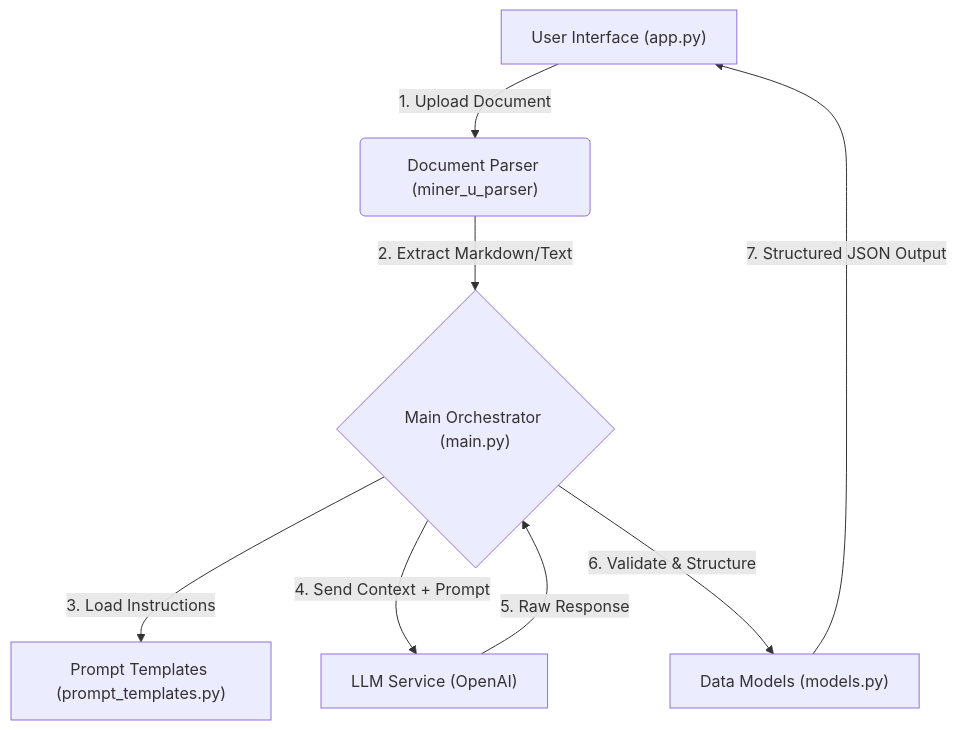
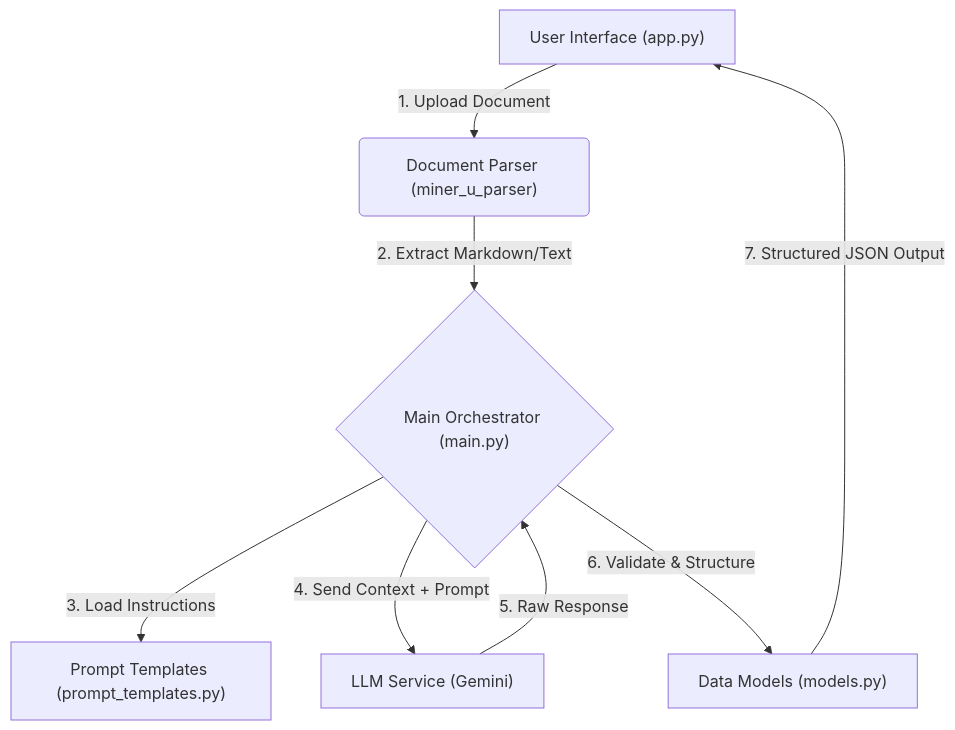
Before and after one commit to BEASTBOYJAY/Internship_Assignment: the diagram in README.md, drawn with Mermaid.

Commit message:
Update LLM service reference from OpenAI to Gemini

````diff
--- a/README.md
+++ b/README.md
@@ -21,10 +21,10 @@
 ```mermaid
 graph TD
     A["User Interface (app.py)"] -->|1. Upload Document| B("Document Parser (miner_u_parser)")
     B -->|2. Extract Markdown/Text| C{"Main Orchestrator (main.py)"}
     C -->|3. Load Instructions| D["Prompt Templates (prompt_templates.py)"]
-    C -->|4. Send Context + Prompt| E["LLM Service (OpenAI)"]
+    C -->|4. Send Context + Prompt| E["LLM Service (Gemini)"]
     E -->|5. Raw Response| C
     C -->|6. Validate & Structure| F["Data Models (models.py)"]
     F -->|7. Structured JSON Output| A
 ```
````
